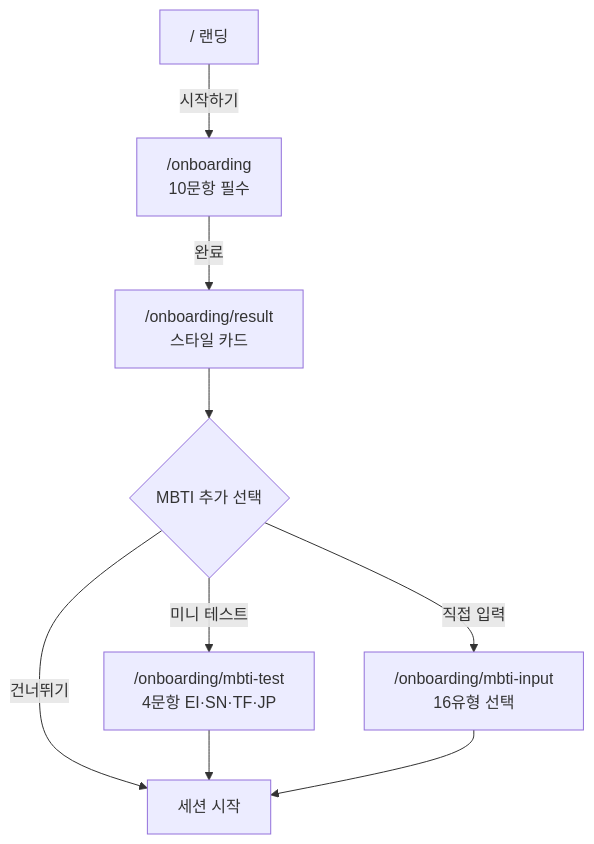
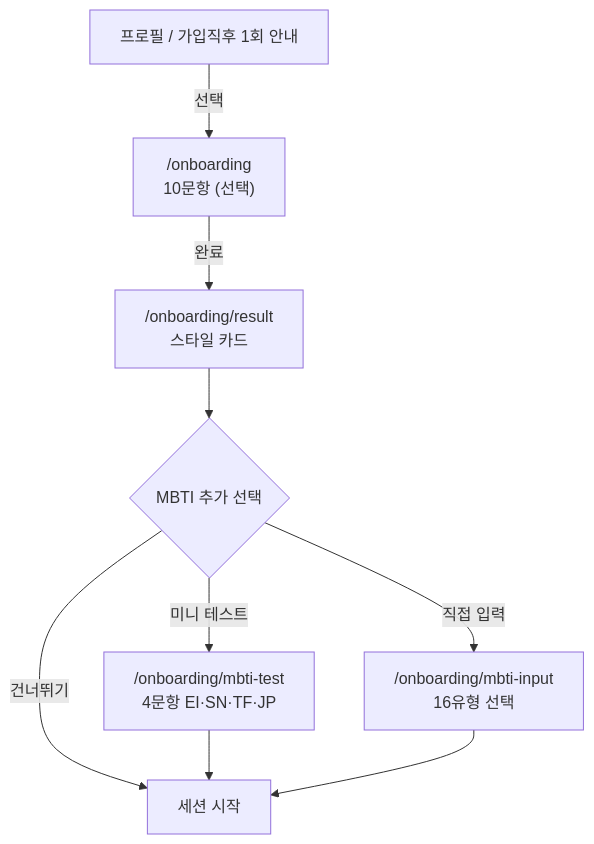
One commit to Justant-source/Again-Spring changed the first of 2 diagrams in shared/docs/policies/onboarding.md. Above: the diagram before and after it, drawn with Mermaid. The commit also changed other lines of this file and 10 other files, not shown here.

````diff
--- a/shared/docs/policies/onboarding.md
+++ b/shared/docs/policies/onboarding.md
@@ -16,11 +25,11 @@
 ```mermaid
 flowchart TD
-    A["/ 랜딩"] -->|시작하기| B["/onboarding\n10문항 필수"]
+    A["프로필 / 가입직후 1회 안내"] -->|선택| B["/onboarding\n10문항 (선택)"]
     B -->|완료| C["/onboarding/result\n스타일 카드"]
     C --> D{MBTI 추가 선택}
     D -->|미니 테스트| E["/onboarding/mbti-test\n4문항 EI·SN·TF·JP"]
     D -->|직접 입력| F["/onboarding/mbti-input\n16유형 선택"]
     D -->|건너뛰기| G[세션 시작]
     E --> G
     F --> G
 ```
````
